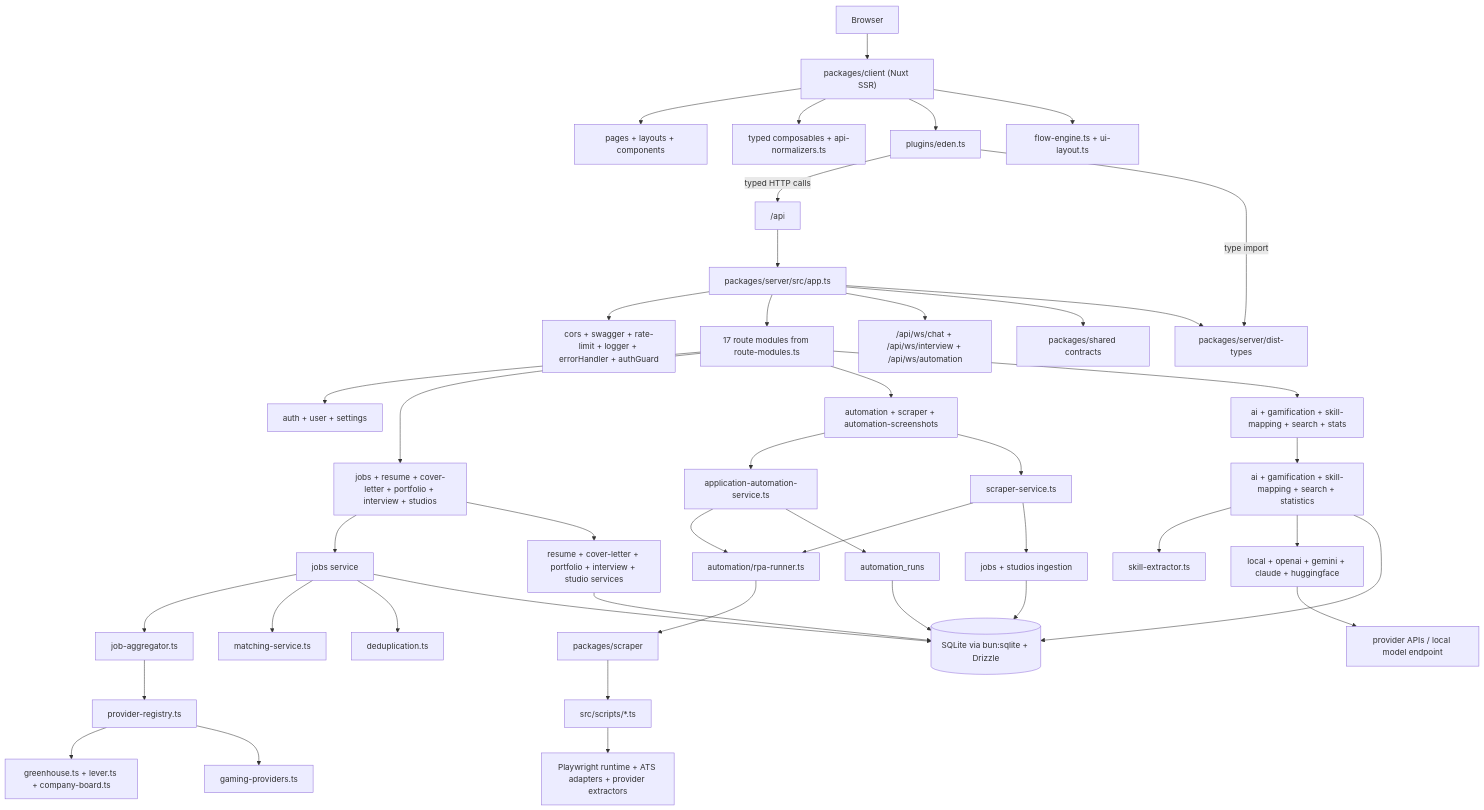
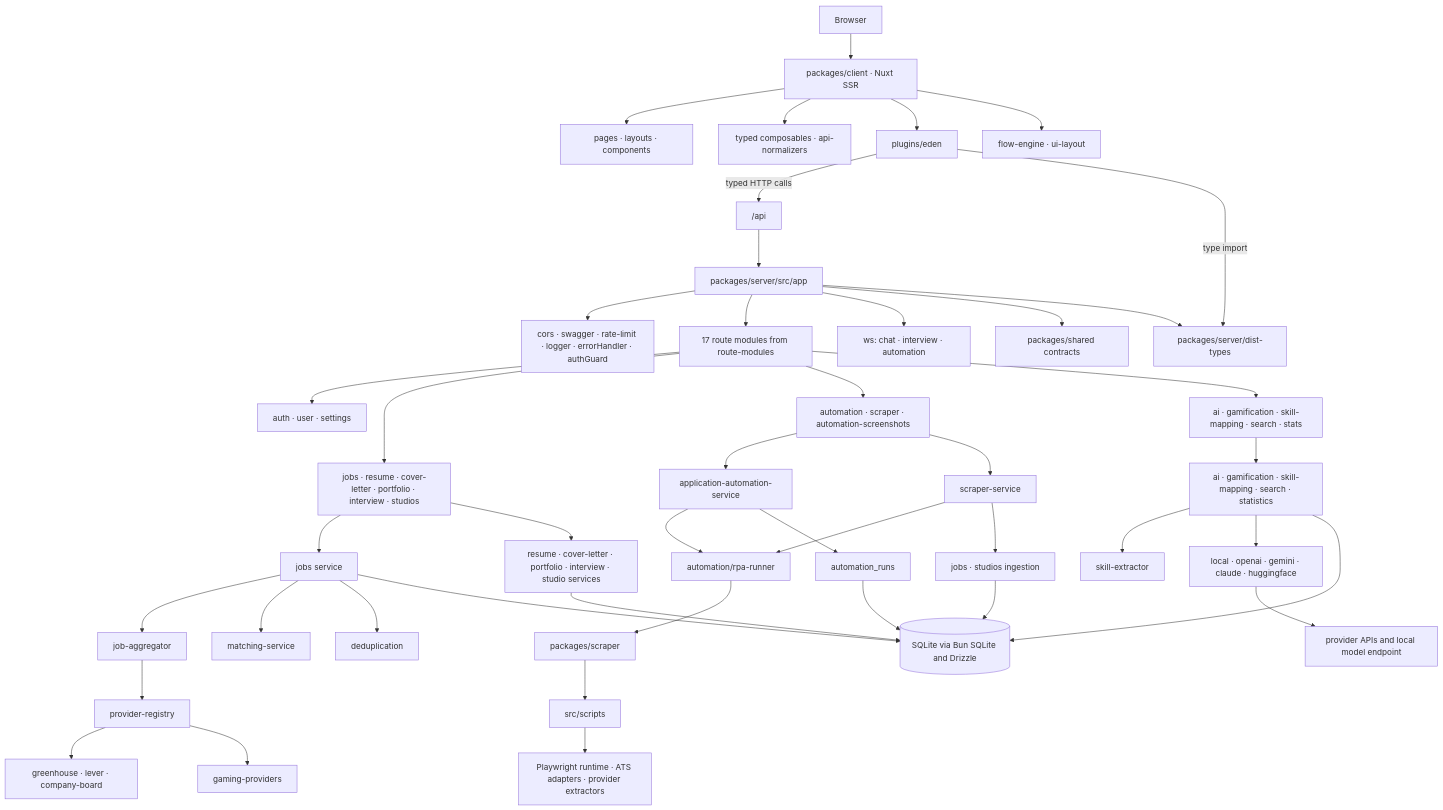
One commit to d4551/baobuildbuddy changed the first of 2 diagrams in README.md. Above: the diagram before and after it, drawn with Mermaid.

````diff
--- a/README.md
+++ b/README.md
@@ -226,54 +226,54 @@
 ```mermaid
 flowchart TD
-  Browser["Browser"] --> Client["packages/client (Nuxt SSR)"]
-  Client --> Pages["pages + layouts + components"]
-  Client --> Composables["typed composables + api-normalizers.ts"]
-  Client --> EdenClient["plugins/eden.ts"]
-  Client --> FlowEngine["flow-engine.ts + ui-layout.ts"]
+  Browser["Browser"] --> Client["packages/client · Nuxt SSR"]
+  Client --> Pages["pages · layouts · components"]
+  Client --> Composables["typed composables · api-normalizers"]
+  Client --> EdenClient["plugins/eden"]
+  Client --> FlowEngine["flow-engine · ui-layout"]
 
   ServerTypes["packages/server/dist-types"]
   Shared["packages/shared contracts"]
-  EdenClient -->|typed HTTP calls| ApiPrefix["/api"]
-  EdenClient -->|type import| ServerTypes
-  ApiPrefix --> App["packages/server/src/app.ts"]
-  App --> Middleware["cors + swagger + rate-limit + logger + errorHandler + authGuard"]
-  App --> Routes["17 route modules from route-modules.ts"]
-  App --> WebSockets["/api/ws/chat + /api/ws/interview + /api/ws/automation"]
+  EdenClient -->|"typed HTTP calls"| ApiPrefix["/api"]
+  EdenClient -->|"type import"| ServerTypes
+  ApiPrefix --> App["packages/server/src/app"]
+  App --> Middleware["cors · swagger · rate-limit · logger · errorHandler · authGuard"]
+  App --> Routes["17 route modules from route-modules"]
+  App --> WebSockets["ws: chat · interview · automation"]
   App --> Shared
   App --> ServerTypes
 
-  Routes --> AuthRoutes["auth + user + settings"]
-  Routes --> CareerRoutes["jobs + resume + cover-letter + portfolio + interview + studios"]
-  Routes --> AutomationRoutes["automation + scraper + automation-screenshots"]
-  Routes --> PlatformRoutes["ai + gamification + skill-mapping + search + stats"]
+  Routes --> AuthRoutes["auth · user · settings"]
+  Routes --> CareerRoutes["jobs · resume · cover-letter · portfolio · interview · studios"]
+  Routes --> AutomationRoutes["automation · scraper · automation-screenshots"]
+  Routes --> PlatformRoutes["ai · gamification · skill-mapping · search · stats"]
 
   CareerRoutes --> JobsSvc["jobs service"]
-  JobsSvc --> JobAggregator["job-aggregator.ts"]
-  JobAggregator --> ProviderRegistry["provider-registry.ts"]
-  ProviderRegistry --> ATSProviders["greenhouse.ts + lever.ts + company-board.ts"]
-  ProviderRegistry --> GamingProviders["gaming-providers.ts"]
-  JobsSvc --> MatchingSvc["matching-service.ts"]
-  JobsSvc --> DedupSvc["deduplication.ts"]
+  JobsSvc --> JobAggregator["job-aggregator"]
+  JobAggregator --> ProviderRegistry["provider-registry"]
+  ProviderRegistry --> ATSProviders["greenhouse · lever · company-board"]
+  ProviderRegistry --> GamingProviders["gaming-providers"]
+  JobsSvc --> MatchingSvc["matching-service"]
+  JobsSvc --> DedupSvc["deduplication"]
 
-  CareerRoutes --> DomainServices["resume + cover-letter + portfolio + interview + studio services"]
-  PlatformRoutes --> PlatformServices["ai + gamification + skill-mapping + search + statistics"]
-  PlatformServices --> SkillExtractor["skill-extractor.ts"]
-  PlatformServices --> AiProviders["local + openai + gemini + claude + huggingface"]
-  AiProviders --> ExternalAI["provider APIs / local model endpoint"]
+  CareerRoutes --> DomainServices["resume · cover-letter · portfolio · interview · studio services"]
+  PlatformRoutes --> PlatformServices["ai · gamification · skill-mapping · search · statistics"]
+  PlatformServices --> SkillExtractor["skill-extractor"]
+  PlatformServices --> AiProviders["local · openai · gemini · claude · huggingface"]
+  AiProviders --> ExternalAI["provider APIs and local model endpoint"]
 
-  AutomationRoutes --> AutomationSvc["application-automation-service.ts"]
-  AutomationRoutes --> ScraperSvc["scraper-service.ts"]
-  AutomationSvc --> Runner["automation/rpa-runner.ts"]
+  AutomationRoutes --> AutomationSvc["application-automation-service"]
+  AutomationRoutes --> ScraperSvc["scraper-service"]
+  AutomationSvc --> Runner["automation/rpa-runner"]
   ScraperSvc --> Runner
   Runner --> ScraperPkg["packages/scraper"]
-  ScraperPkg --> Scripts["src/scripts/*.ts"]
-  Scripts --> Runtime["Playwright runtime + ATS adapters + provider extractors"]
+  ScraperPkg --> Scripts["src/scripts"]
+  Scripts --> Runtime["Playwright runtime · ATS adapters · provider extractors"]
 
-  JobsSvc --> DB[(SQLite via bun:sqlite + Drizzle)]
+  JobsSvc --> DB[("SQLite via Bun SQLite and Drizzle")]
   DomainServices --> DB
   PlatformServices --> DB
   AutomationSvc --> AutomationRuns["automation_runs"]
-  ScraperSvc --> JobsStudios["jobs + studios ingestion"]
+  ScraperSvc --> JobsStudios["jobs · studios ingestion"]
   AutomationRuns --> DB
   JobsStudios --> DB
 ```
````
